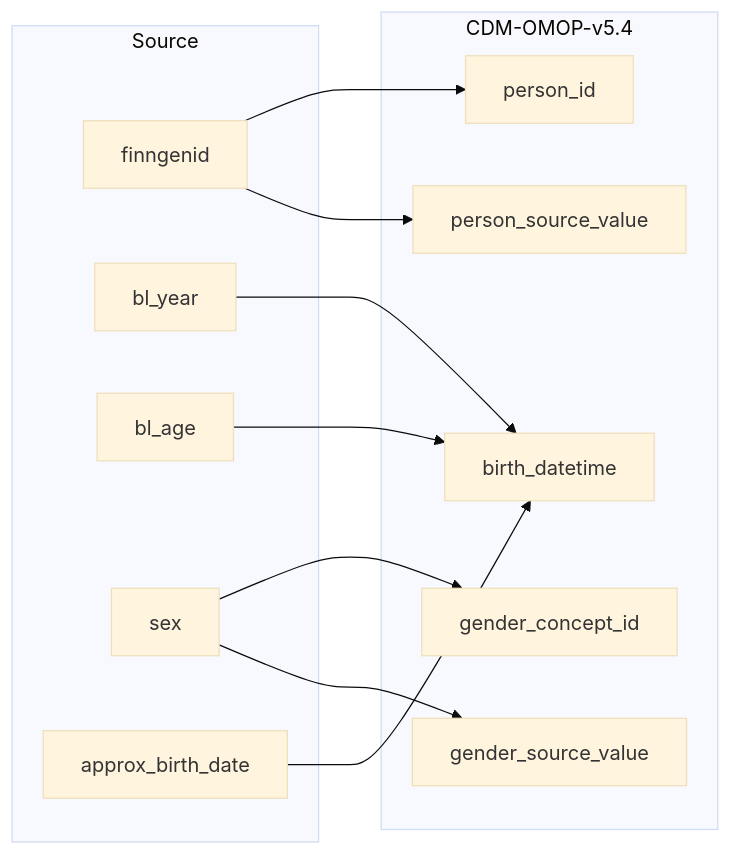
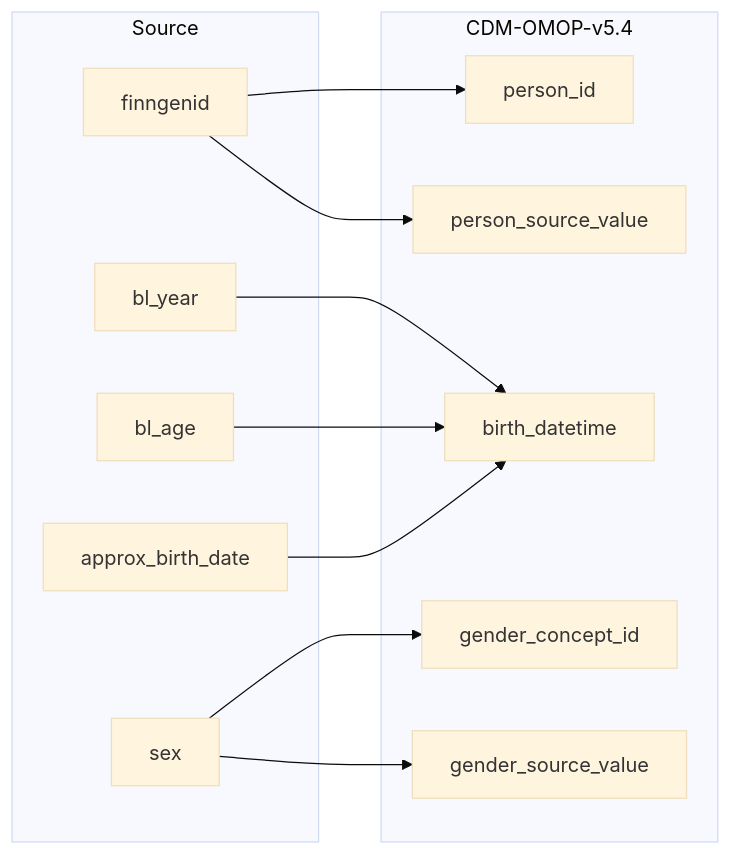
The diagram in docs/finngenid_info_to_person.md (FINNGEN/ETL), drawn with Mermaid before and after one commit. The commit also changed 11 other files, not shown here.

````diff
--- a/docs/finngenid_info_to_person.md
+++ b/docs/finngenid_info_to_person.md
@@ -10,29 +10,31 @@
 ```mermaid
 %%{init: {'theme': 'base' } }%%
 %%{init: {'theme': 'base' } }%%
 flowchart LR
     subgraph Source
         finngenid
         bl_year
         bl_age
+        approx_birth_date
         sex
-        approx_birth_date
+        
     end
 
     subgraph CDM-OMOP-v5.4
         person_id
         gender_concept_id
         birth_datetime
         person_source_value
         gender_source_value
     end
 
 
     finngenid-->person_id
     finngenid-->person_source_value
     bl_year --> birth_datetime
     bl_age --> birth_datetime
+    approx_birth_date --> birth_datetime
     sex --> gender_concept_id
     sex --> gender_source_value
-    approx_birth_date --> birth_datetime
+    
 ```
````
